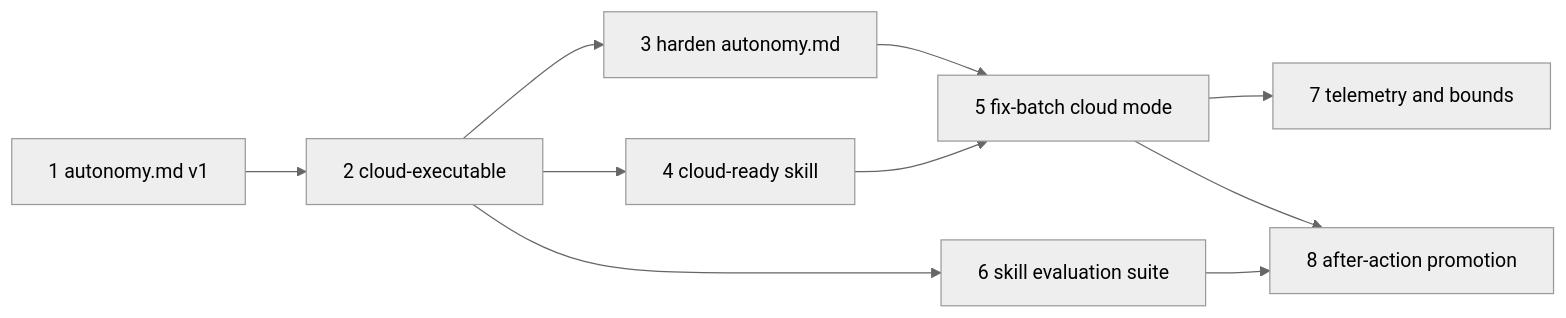
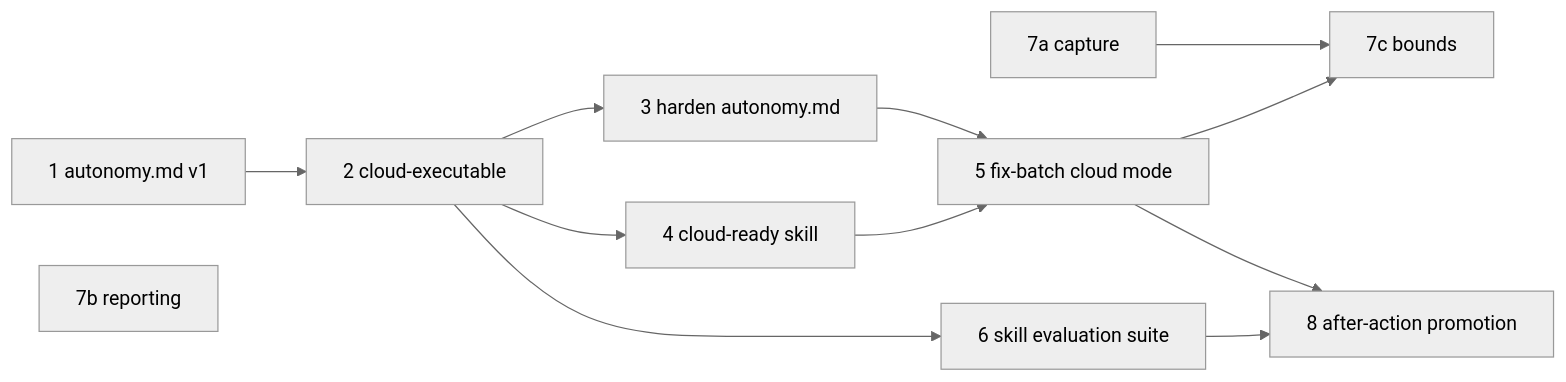
Before and after one commit to hams-ollo/zen-agent-skills: the diagram in ROADMAP.md, drawn with Mermaid (neutral theme). The commit also changed other lines of this file and 8 other files, not shown here.

````diff
--- a/ROADMAP.md
+++ b/ROADMAP.md
@@ -136,12 +139,14 @@
 ```mermaid
 graph LR
   E1[1 autonomy.md v1] --> E2[2 cloud-executable]
   E2 --> E3[3 harden autonomy.md]
   E2 --> E4[4 cloud-ready skill]
   E2 --> E6[6 skill evaluation suite]
   E3 --> E5[5 fix-batch cloud mode]
   E4 --> E5
-  E5 --> E7[7 telemetry and bounds]
+  E7a[7a capture] --> E7c[7c bounds]
+  E5 --> E7c
   E5 --> E8[8 after-action promotion]
   E6 --> E8
+  E7b[7b reporting]
 ```
````
